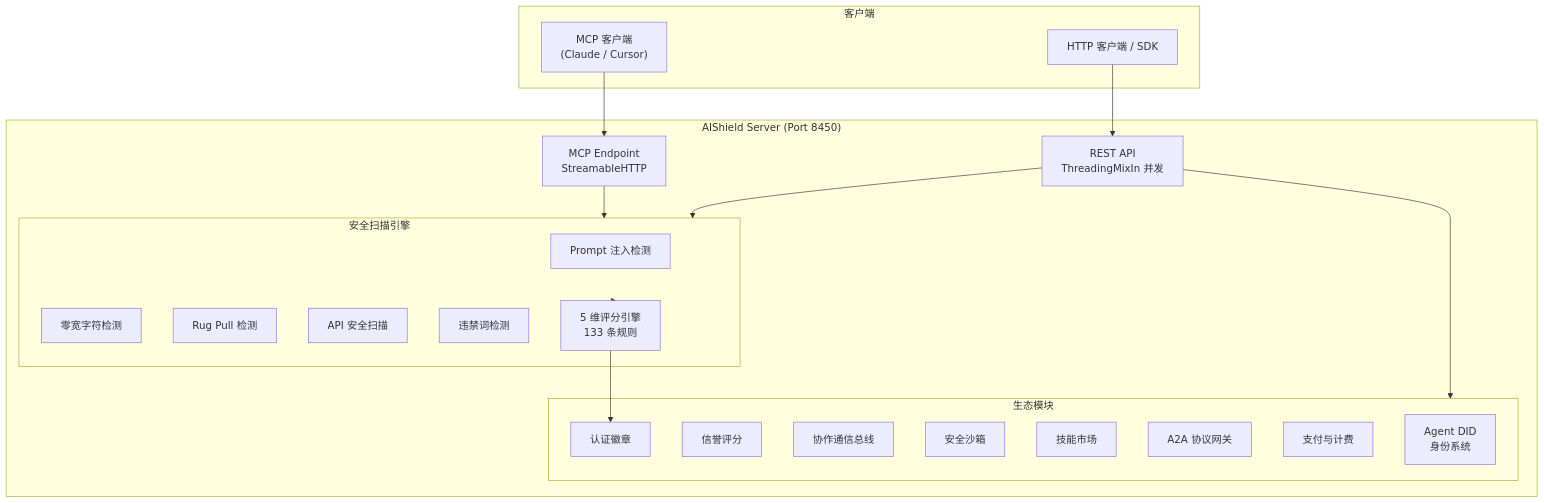
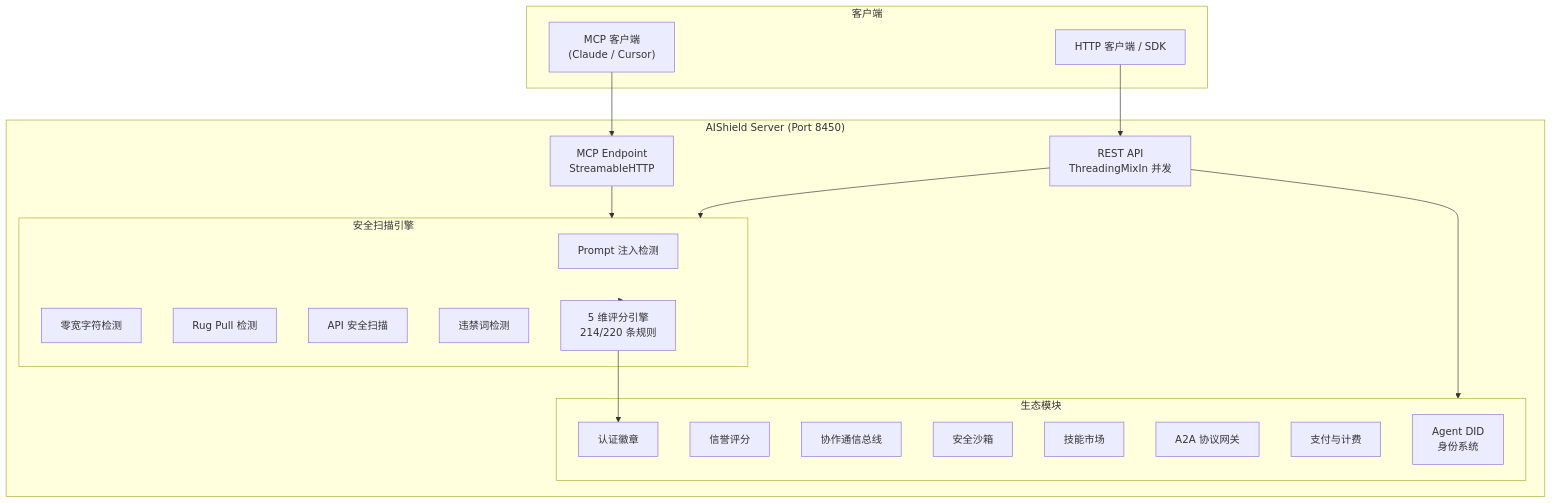
The diagram in README.md (lm203688/aishield), drawn with Mermaid before and after one commit. The commit also changed other lines of this file, not shown here.

````diff
--- a/README.md
+++ b/README.md
@@ -192,40 +222,40 @@
 ```mermaid
 graph TB
     subgraph Clients["客户端"]
         MCP["MCP 客户端<br/>(Claude / Cursor)"]
         SDK["HTTP 客户端 / SDK"]
     end
 
     subgraph Server["AIShield Server (Port 8450)"]
         API["REST API<br/>ThreadingMixIn 并发"]
         MCPE["MCP Endpoint<br/>StreamableHTTP"]
 
         subgraph Scanner["安全扫描引擎"]
             PE["Prompt 注入检测"]
             MW["零宽字符检测"]
             RP["Rug Pull 检测"]
             AS["API 安全扫描"]
             BW["违禁词检测"]
-            SC["5 维评分引擎<br/>133 条规则"]
+            SC["5 维评分引擎<br/>214/220 条规则"]
         end
 
         subgraph Eco["生态模块"]
             ID["Agent DID<br/>身份系统"]
             RP2["信誉评分"]
             CO["协作通信总线"]
             SB["安全沙箱"]
             MK["技能市场"]
             A2A["A2A 协议网关"]
             PAY["支付与计费"]
             BD["认证徽章"]
         end
     end
 
     MCP --> MCPE
     SDK --> API
     MCPE --> Scanner
     API --> Scanner
     API --> Eco
     Scanner --> SC
     SC --> BD
 ```
````
